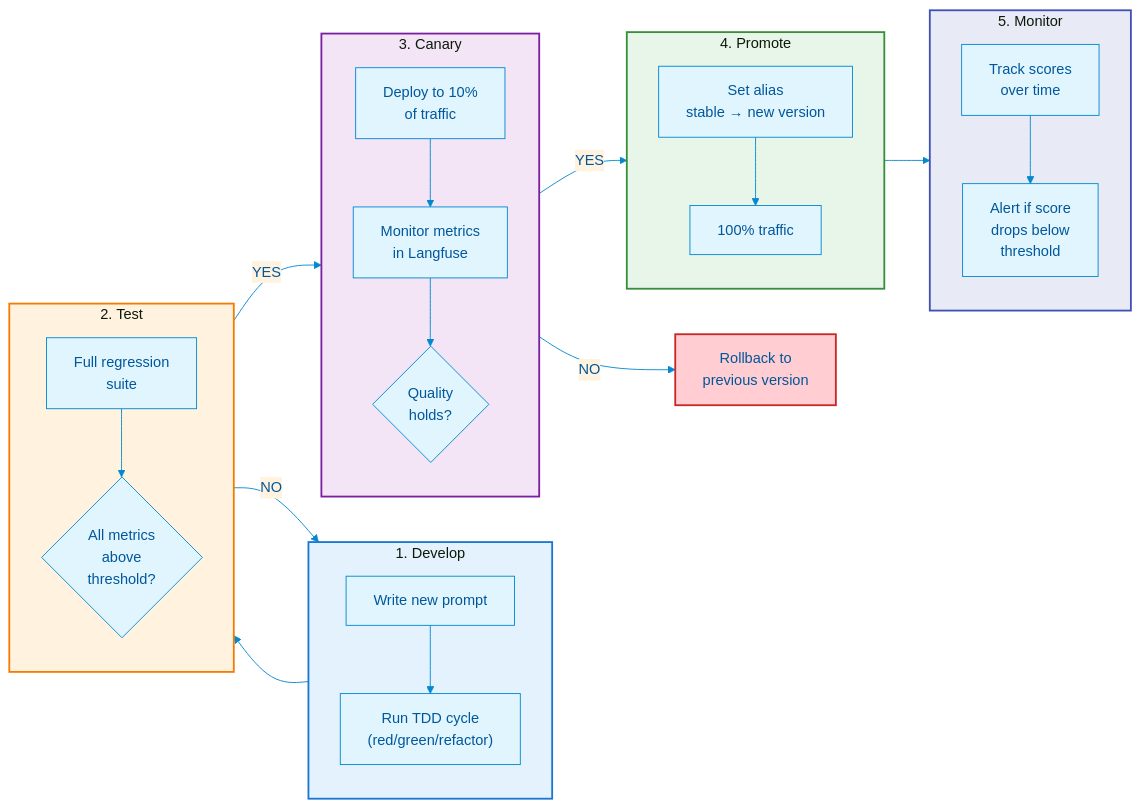
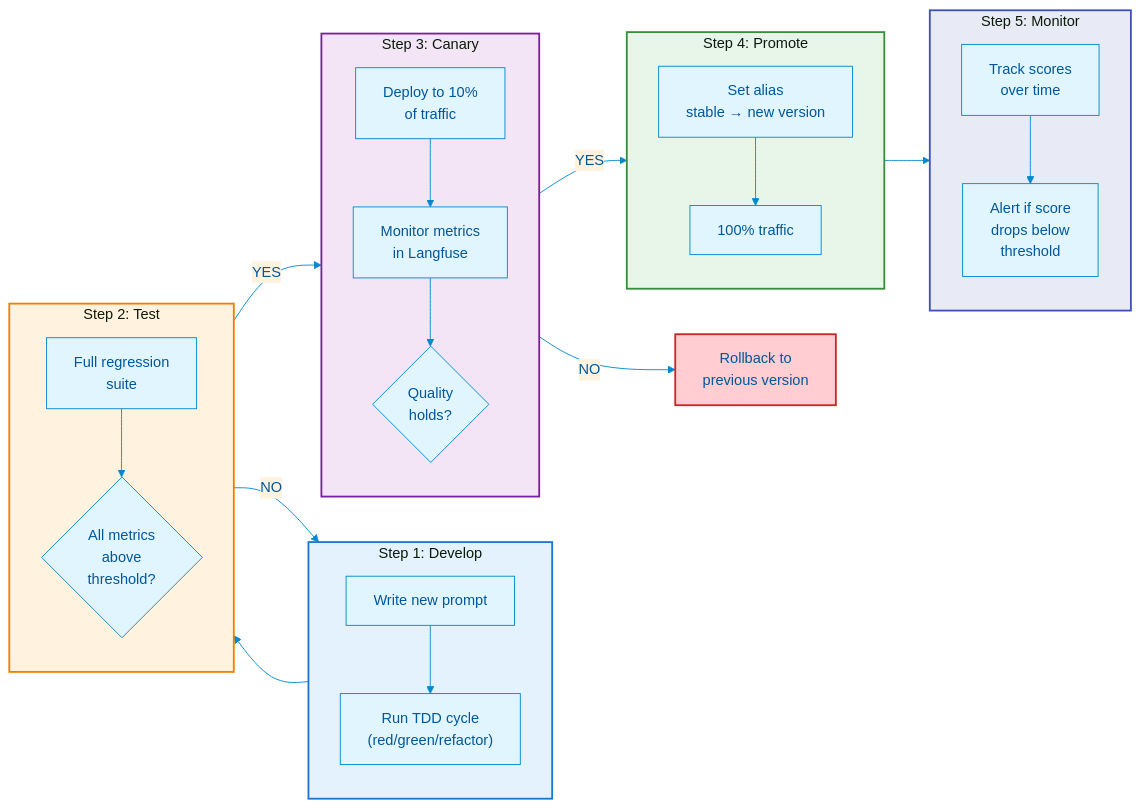
One commit to axel-sirota/salesforce-ai-workshops changed the diagram in exercises/session_06/charts/07_production_workflow.mmd. Above: the diagram before and after it, drawn with Mermaid. The commit also changed 9 other files, not shown here.

```diff
--- a/exercises/session_06/charts/07_production_workflow.mmd
+++ b/exercises/session_06/charts/07_production_workflow.mmd
@@ -1,51 +1,51 @@
 %%{init: {'theme': 'base', 'themeVariables': { 'primaryColor': '#e1f5fe', 'primaryTextColor': '#01579b', 'primaryBorderColor': '#0288d1', 'lineColor': '#0288d1', 'secondaryColor': '#fff3e0', 'tertiaryColor': '#f3e5f5'}}}%%
 flowchart LR
-    subgraph Dev["1. Develop"]
+    subgraph Dev["Step 1: Develop"]
         direction TB
         D1["Write new prompt"]
         D2["Run TDD cycle<br/>(red/green/refactor)"]
         D1 --> D2
     end
 
-    subgraph Test["2. Test"]
+    subgraph Test["Step 2: Test"]
         direction TB
         T1["Full regression<br/>suite"]
         T2{"All metrics<br/>above<br/>threshold?"}
         T1 --> T2
     end
 
-    subgraph Canary["3. Canary"]
+    subgraph Canary["Step 3: Canary"]
         direction TB
         C1["Deploy to 10%<br/>of traffic"]
         C2["Monitor metrics<br/>in Langfuse"]
         C3{"Quality<br/>holds?"}
         C1 --> C2 --> C3
     end
 
-    subgraph Promote["4. Promote"]
+    subgraph Promote["Step 4: Promote"]
         direction TB
         P1["Set alias<br/>stable → new version"]
         P2["100% traffic"]
         P1 --> P2
     end
 
-    subgraph Monitor["5. Monitor"]
+    subgraph Monitor["Step 5: Monitor"]
         direction TB
         M1["Track scores<br/>over time"]
         M2["Alert if score<br/>drops below<br/>threshold"]
         M1 --> M2
     end
 
     Dev --> Test
     T2 -->|"YES"| Canary
     T2 -->|"NO"| Dev
     C3 -->|"YES"| Promote
     C3 -->|"NO"| ROLLBACK["Rollback to<br/>previous version"]
     Promote --> Monitor
 
     style Dev fill:#e3f2fd,stroke:#1976d2,stroke-width:2px
     style Test fill:#fff3e0,stroke:#f57c00,stroke-width:2px
     style Canary fill:#f3e5f5,stroke:#7b1fa2,stroke-width:2px
     style Promote fill:#e8f5e9,stroke:#388e3c,stroke-width:2px
     style Monitor fill:#e8eaf6,stroke:#3f51b5,stroke-width:2px
     style ROLLBACK fill:#ffcdd2,stroke:#c62828,stroke-width:2px
```
